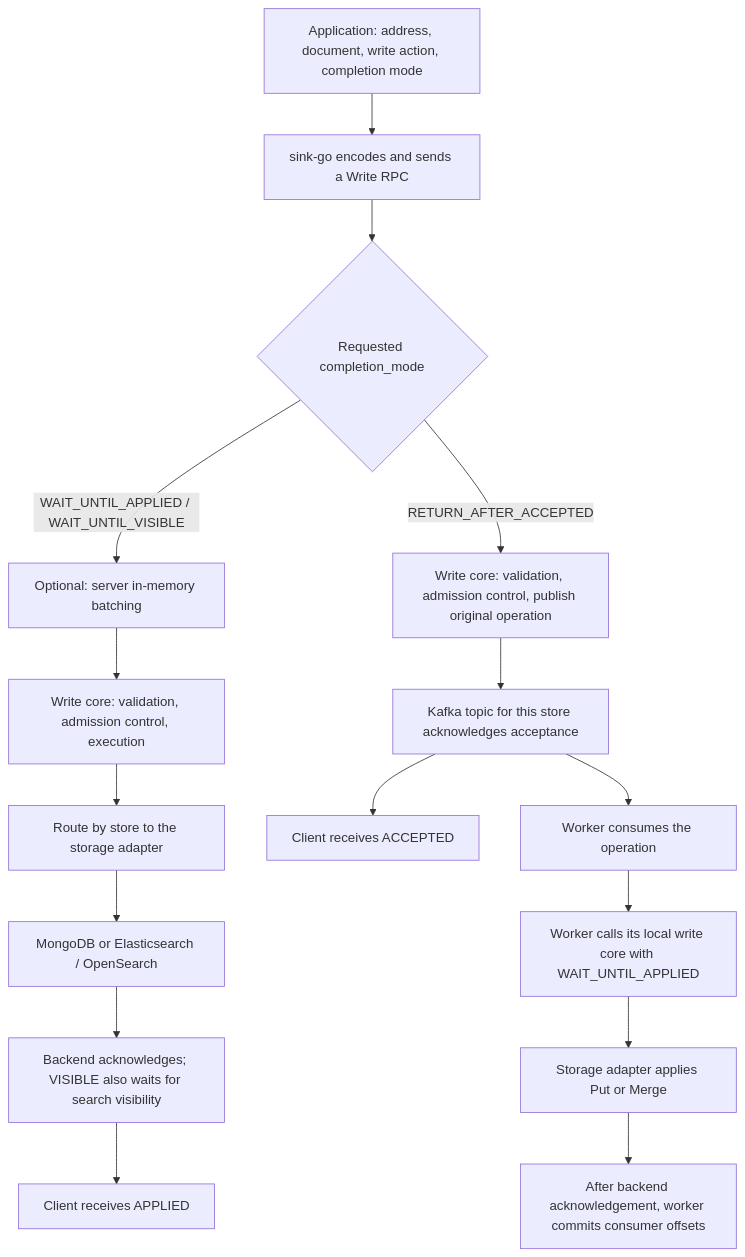
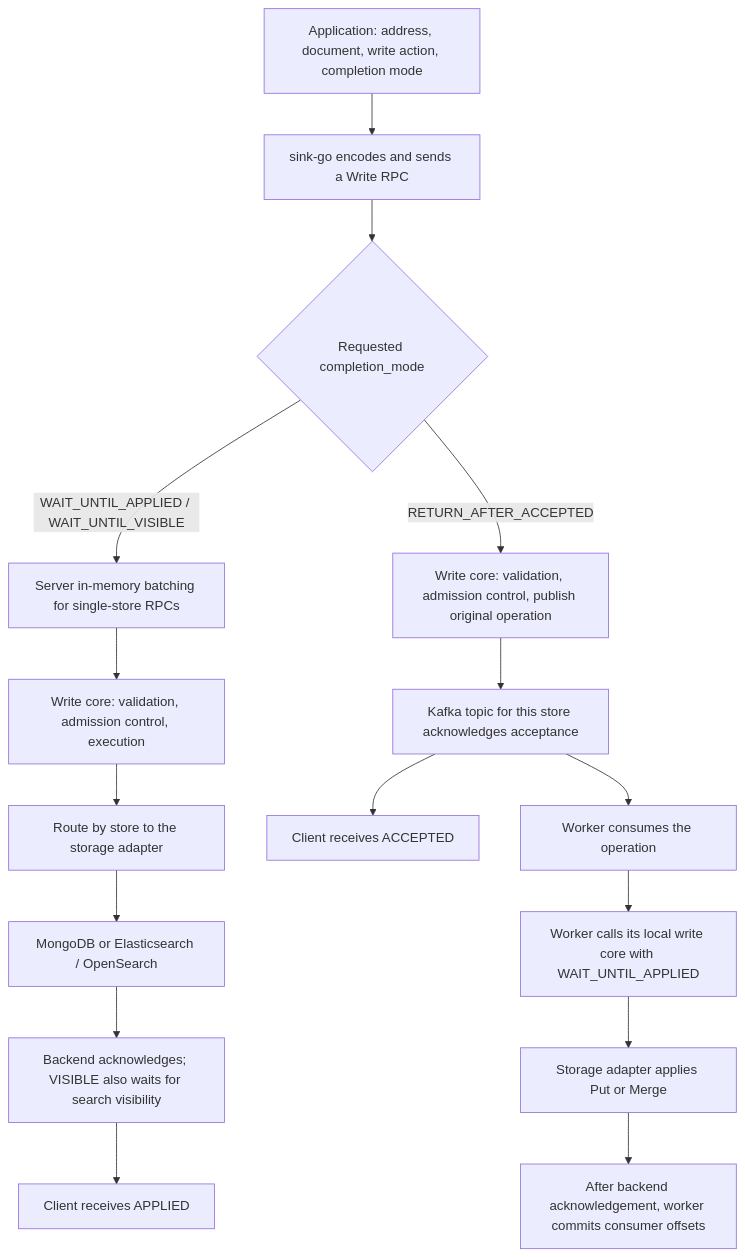
Before and after one commit to liran/sink: the diagram in docs/document-write-flow.md, drawn with Mermaid. The commit also changed other lines of this file and 15 other files, not shown here.

First line of the commit message:
♻️ refactor!: make server batching mandatory

````diff
--- a/docs/document-write-flow.md
+++ b/docs/document-write-flow.md
@@ -15,18 +15,18 @@
 ```mermaid
 flowchart TD
     A[Application: address, document, write action, completion mode] --> B[sink-go encodes and sends a Write RPC]
     B --> C{Requested completion_mode}
-    C -->|WAIT_UNTIL_APPLIED / WAIT_UNTIL_VISIBLE| D[Optional: server in-memory batching]
+    C -->|WAIT_UNTIL_APPLIED / WAIT_UNTIL_VISIBLE| D[Server in-memory batching for single-store RPCs]
     D --> E[Write core: validation, admission control, execution]
     E --> F[Route by store to the storage adapter]
     F --> G[MongoDB or Elasticsearch / OpenSearch]
     G --> H[Backend acknowledges; VISIBLE also waits for search visibility]
     H --> I[Client receives APPLIED]
     C -->|RETURN_AFTER_ACCEPTED| J[Write core: validation, admission control, publish original operation]
     J --> K[Kafka topic for this store acknowledges acceptance]
     K --> L[Client receives ACCEPTED]
     K --> M[Worker consumes the operation]
     M --> N[Worker calls its local write core with WAIT_UNTIL_APPLIED]
     N --> O[Storage adapter applies Put or Merge]
     O --> P[After backend acknowledgement, worker commits consumer offsets]
 ```
````
